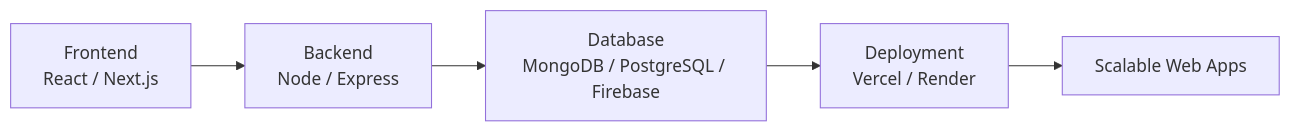
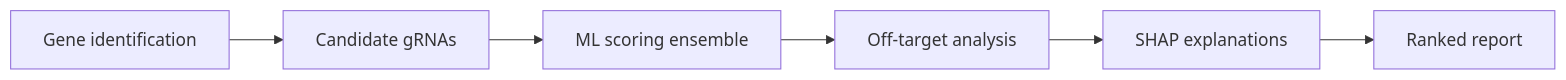
Before and after one commit to RakeshK325/RakeshK325: the diagram in README.md, drawn with Mermaid. The commit also changed other lines of this file, not shown here.

````diff
--- a/README.md
+++ b/README.md
@@ -170,7 +57,4 @@
 ```mermaid
-graph LR
-A[Frontend<br/>React / Next.js] --> B[Backend<br/>Node / Express]
-B --> C[Database<br/>MongoDB / PostgreSQL / Firebase]
-C --> D[Deployment<br/>Vercel / Render]
-D --> E[Scalable Web Apps]
+flowchart LR
+  A[Gene identification] --> B[Candidate gRNAs] --> C[ML scoring ensemble] --> D[Off-target analysis] --> E[SHAP explanations] --> F[Ranked report]
 ```
````
